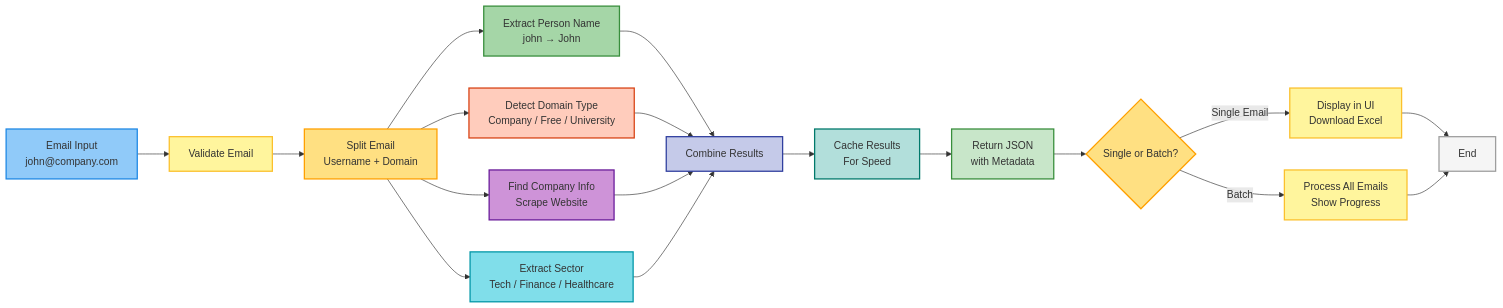
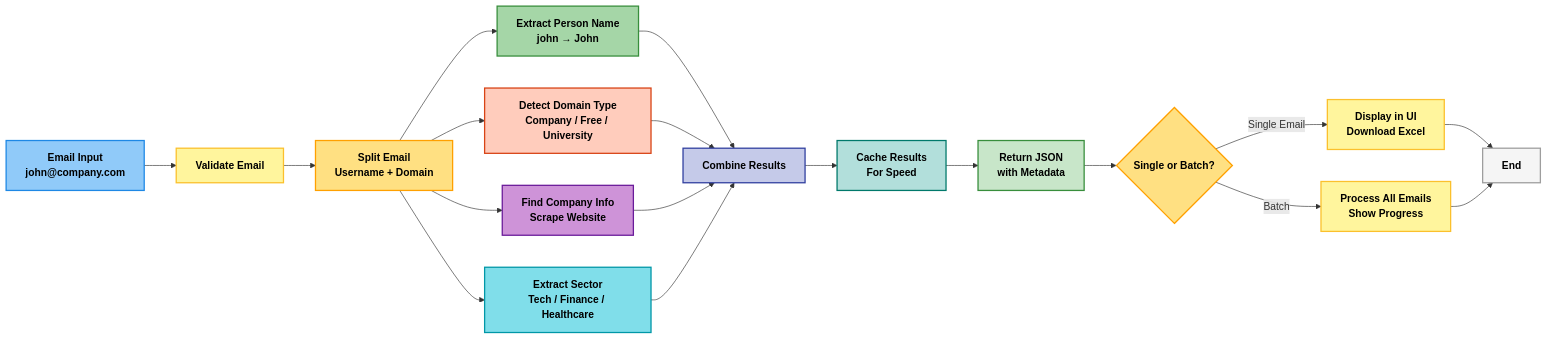
The diagram in README.md (codexankiiit31/Email_enrichment-tool), drawn with Mermaid before and after one commit.

````diff
--- a/README.md
+++ b/README.md
@@ -108,42 +108,42 @@
 ```mermaid
 graph LR
-    A["Email Input\njohn@company.com"] --> B["Validate Email"]
-    B --> C["Split Email\nUsername + Domain"]
+    A["<b><font color='black'>Email Input<br>john@company.com</font></b>"] --> B["<b><font color='black'>Validate Email</font></b>"]
+    B --> C["<b><font color='black'>Split Email<br>Username + Domain</font></b>"]
     
-    C --> D["Extract Person Name\njohn → John"]
-    C --> E["Detect Domain Type\nCompany / Free / University"]
-    C --> F["Find Company Info\nScrape Website"]
-    C --> G["Extract Sector\nTech / Finance / Healthcare"]
+    C --> D["<b><font color='black'>Extract Person Name<br>john → John</font></b>"]
+    C --> E["<b><font color='black'>Detect Domain Type<br>Company / Free / University</font></b>"]
+    C --> F["<b><font color='black'>Find Company Info<br>Scrape Website</font></b>"]
+    C --> G["<b><font color='black'>Extract Sector<br>Tech / Finance / Healthcare</font></b>"]
     
-    D --> H["Combine Results"]
+    D --> H["<b><font color='black'>Combine Results</font></b>"]
     E --> H
     F --> H
     G --> H
     
-    H --> I["Cache Results\nFor Speed"]
-    I --> J["Return JSON\nwith Metadata"]
+    H --> I["<b><font color='black'>Cache Results<br>For Speed</font></b>"]
+    I --> J["<b><font color='black'>Return JSON<br>with Metadata</font></b>"]
     
-    J --> K{"Single or Batch?"}
+    J --> K{"<b><font color='black'>Single or Batch?</font></b>"}
     
-    K -->|Single Email| L["Display in UI\nDownload Excel"]
-    K -->|Batch| M["Process All Emails\nShow Progress"]
+    K -->|Single Email| L["<b><font color='black'>Display in UI<br>Download Excel</font></b>"]
+    K -->|Batch| M["<b><font color='black'>Process All Emails<br>Show Progress</font></b>"]
     
-    L --> N["End"]
+    L --> N["<b><font color='black'>End</font></b>"]
     M --> N
     
     style A fill:#90caf9,stroke:#1e88e5,stroke-width:2px
     style B fill:#fff59d,stroke:#fbc02d,stroke-width:2px
     style C fill:#ffe082,stroke:#ffa000,stroke-width:2px
     style D fill:#a5d6a7,stroke:#388e3c,stroke-width:2px
     style E fill:#ffccbc,stroke:#d84315,stroke-width:2px
     style F fill:#ce93d8,stroke:#6a1b9a,stroke-width:2px
     style G fill:#80deea,stroke:#0097a7,stroke-width:2px
     style H fill:#c5cae9,stroke:#303f9f,stroke-width:2px
     style I fill:#b2dfdb,stroke:#00796b,stroke-width:2px
     style J fill:#c8e6c9,stroke:#388e3c,stroke-width:2px
     style K fill:#ffe082,stroke:#ffa000,stroke-width:2px
     style L fill:#fff59d,stroke:#fbc02d,stroke-width:2px
     style M fill:#fff59d,stroke:#fbc02d,stroke-width:2px
     style N fill:#f5f5f5,stroke:#9e9e9e,stroke-width:2px
 
 ```
````
